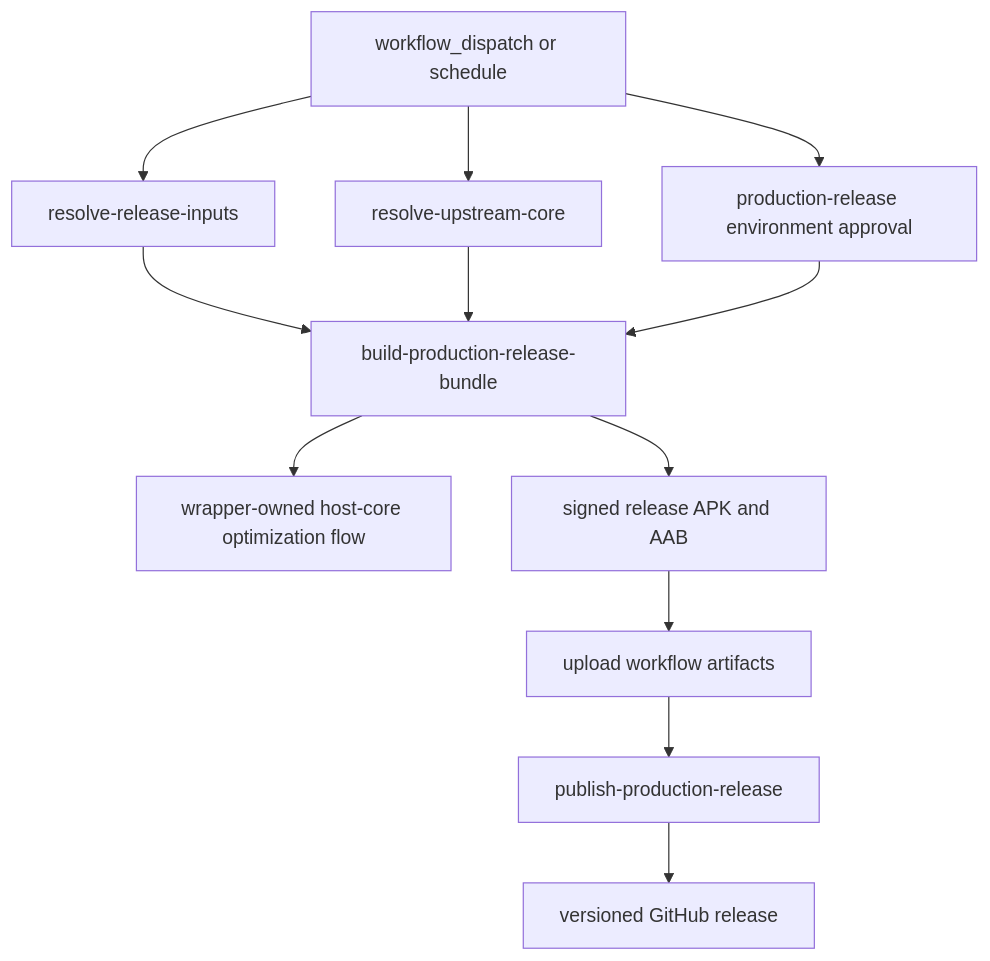
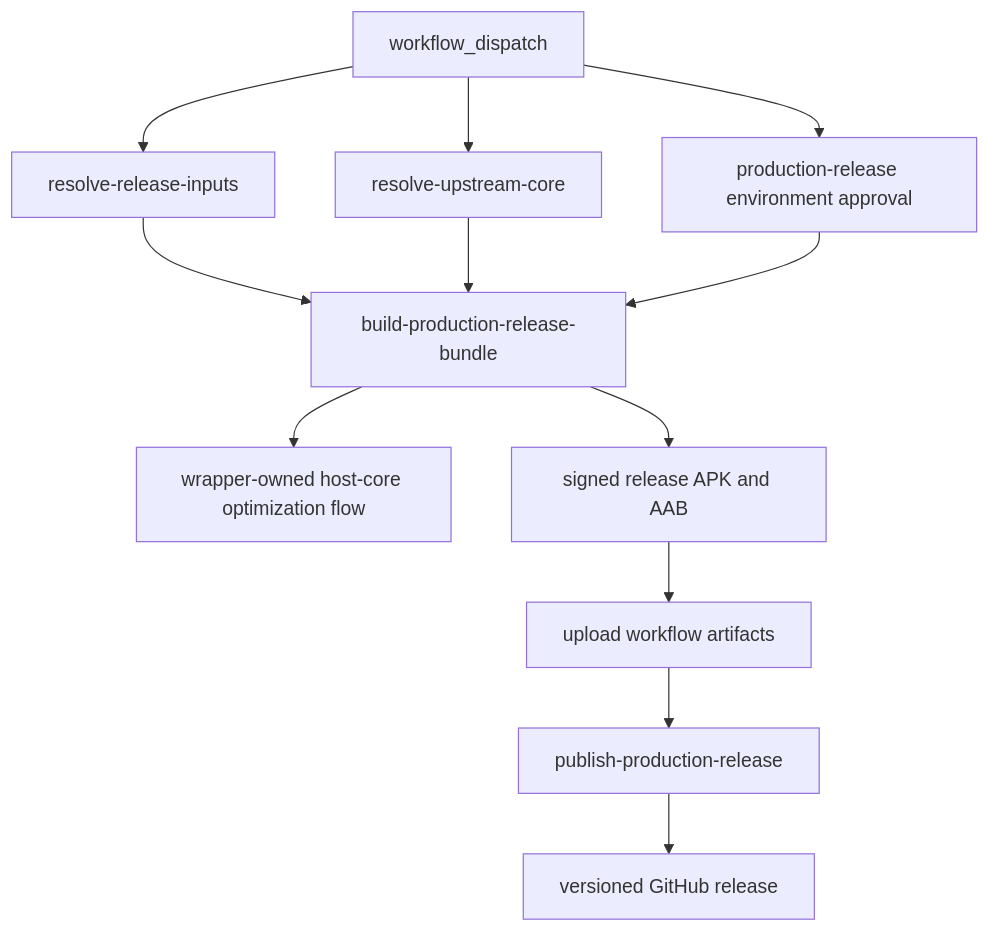
Before and after one commit to ppigazzini/r47zen: the second of 2 diagrams in android/docs/dev/70-ci-and-release-workflow.md, drawn with Mermaid. The commit also changed other lines of this file and 15 other files, not shown here.

````diff
--- a/android/docs/dev/70-ci-and-release-workflow.md
+++ b/android/docs/dev/70-ci-and-release-workflow.md
@@ -236,20 +234,20 @@
 ```mermaid
 flowchart TD
-  A[workflow_dispatch or schedule]
+  A[workflow_dispatch]
   B[resolve-release-inputs]
   C[resolve-upstream-core]
   D[production-release environment approval]
   E[build-production-release-bundle]
   F[wrapper-owned host-core optimization flow]
   G[signed release APK and AAB]
   H[upload workflow artifacts]
   I[publish-production-release]
   J[versioned GitHub release]
 
   A --> B --> E
   A --> C --> E
   A --> D --> E
   E --> F
   E --> G
   G --> H --> I --> J
 ```
````
